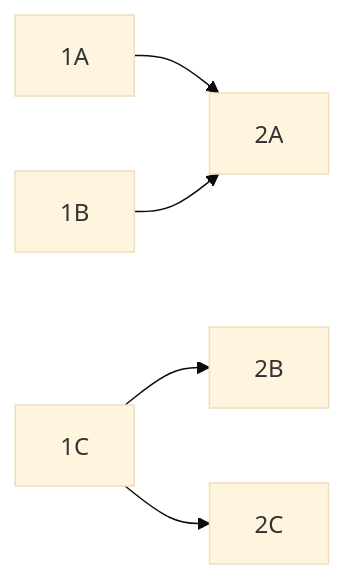
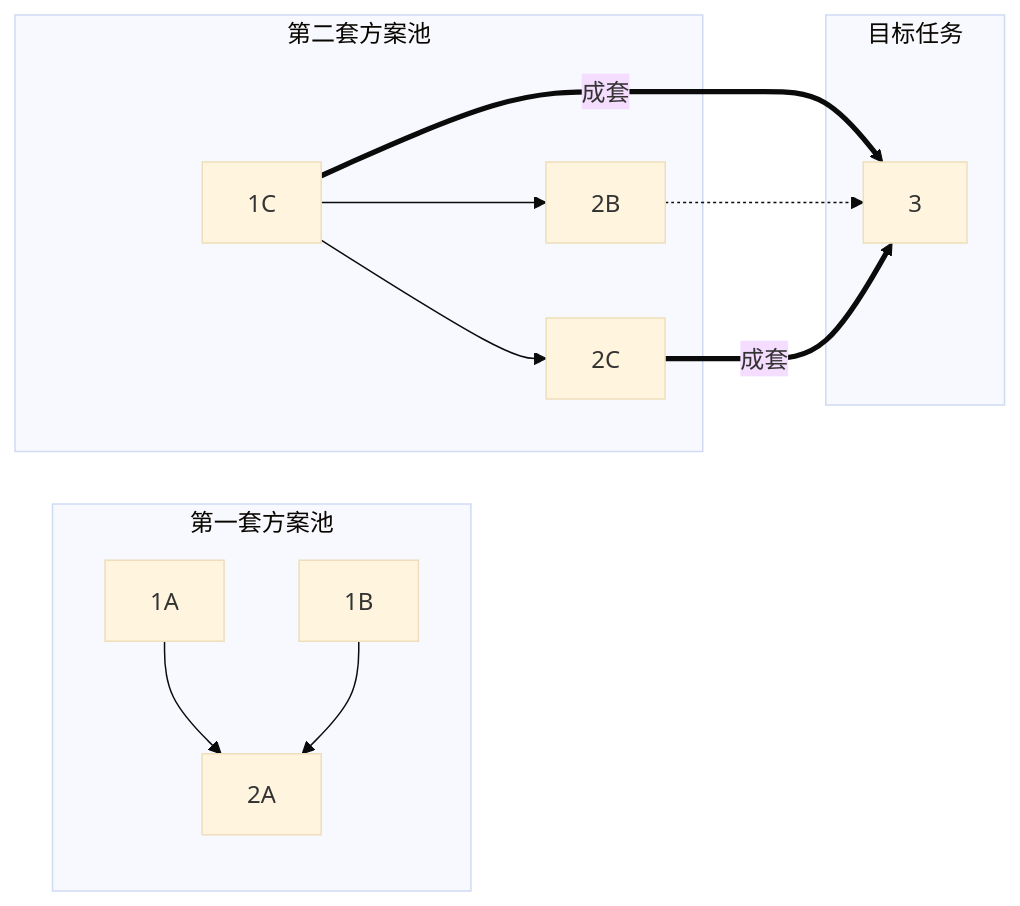
The third of 3 diagrams in 成套性/数据集成套性.md (wujftjy/mochandover), drawn with Mermaid (base theme) before and after one commit. The commit also changed other lines of this file and 2 other files, not shown here.

Commit message:
增加数据版本

````diff
--- a/成套性/数据集成套性.md
+++ b/成套性/数据集成套性.md
@@ -58,10 +59,19 @@
 ```mermaid
 graph LR;
-1A --> 2A
-1B --> 2A
-1C --> 2B
-1C --> 2C
+ subgraph 第一套方案池
+       		1A --> 2A
+			1B --> 2A
+        end
+subgraph 第二套方案池
+       		1C --> 2B
+			1C --> 2C
 
-
+        end
+subgraph 目标任务
+   3
+   end
+1C ==成套==> 3
+2B -.-> 3
+2C ==成套==> 3
 
 ```
````
